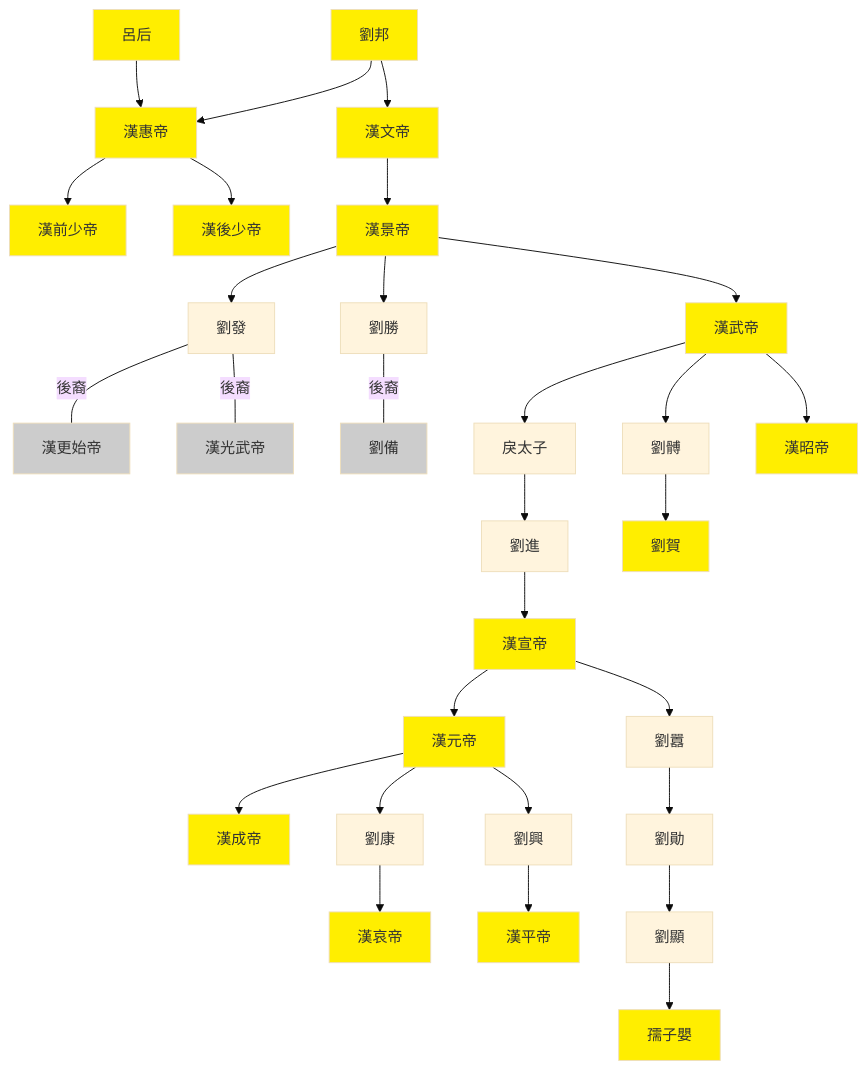
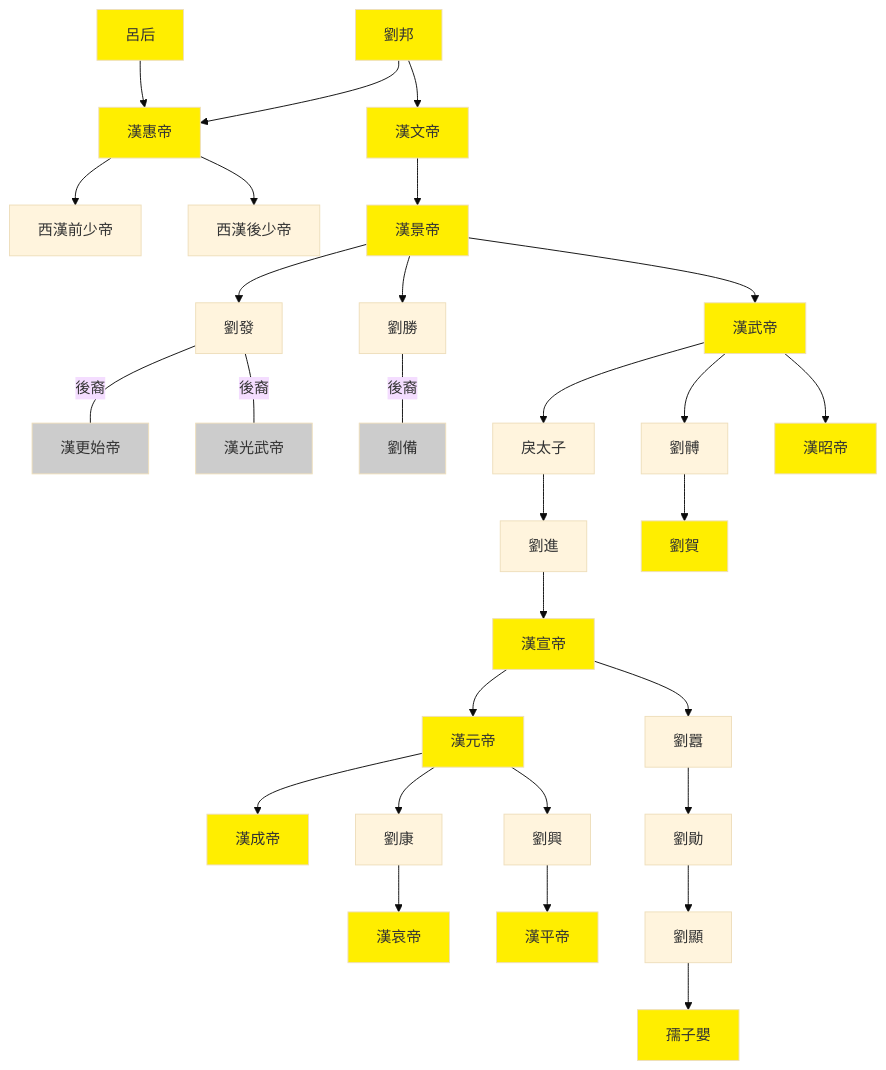
The second of 2 diagrams in 2_世系圖表/2.1_中國/西漢世系圖.md (gamefang/zizhitongjian), drawn with Mermaid (base theme) before and after one commit. The commit also changed other lines of this file and 4 other files, not shown here.

Commit message:
更新東漢世系圖表

````diff
--- a/2_世系圖表/2.1_中國/西漢世系圖.md
+++ b/2_世系圖表/2.1_中國/西漢世系圖.md
@@ -43,38 +45,38 @@
 ```mermaid
 graph TB
 
 劉邦-->漢惠帝
 呂后-->漢惠帝
-漢惠帝-->漢前少帝
-漢惠帝-->漢後少帝
+漢惠帝-->西漢前少帝
+漢惠帝-->西漢後少帝
 劉邦-->漢文帝
 漢文帝-->漢景帝
 漢景帝-->劉發
 劉發--後裔---漢更始帝
 劉發--後裔---漢光武帝
 漢景帝-->劉勝
 劉勝--後裔---劉備
 漢景帝-->漢武帝
 漢武帝-->戾太子
 戾太子-->劉進
 漢武帝-->劉髆
 劉髆-->劉賀
 漢武帝-->漢昭帝
 劉進-->漢宣帝
 漢宣帝-->漢元帝
 漢元帝-->漢成帝
 漢元帝-->劉康
 劉康-->漢哀帝
 漢元帝-->劉興
 劉興-->漢平帝
 漢宣帝-->劉囂
 劉囂-->劉勛
 劉勛-->劉顯
 劉顯-->孺子嬰
 
 classDef king fill:#ffee00
 class 劉邦,漢惠帝,呂后,漢前少帝,漢後少帝,漢文帝,漢景帝,漢武帝,漢昭帝,劉賀,漢宣帝,漢元帝,漢成帝,漢哀帝,漢平帝,孺子嬰 king
 
 classDef far fill:#cccccc
 class 漢更始帝,漢光武帝,劉備 far
 ```
````
